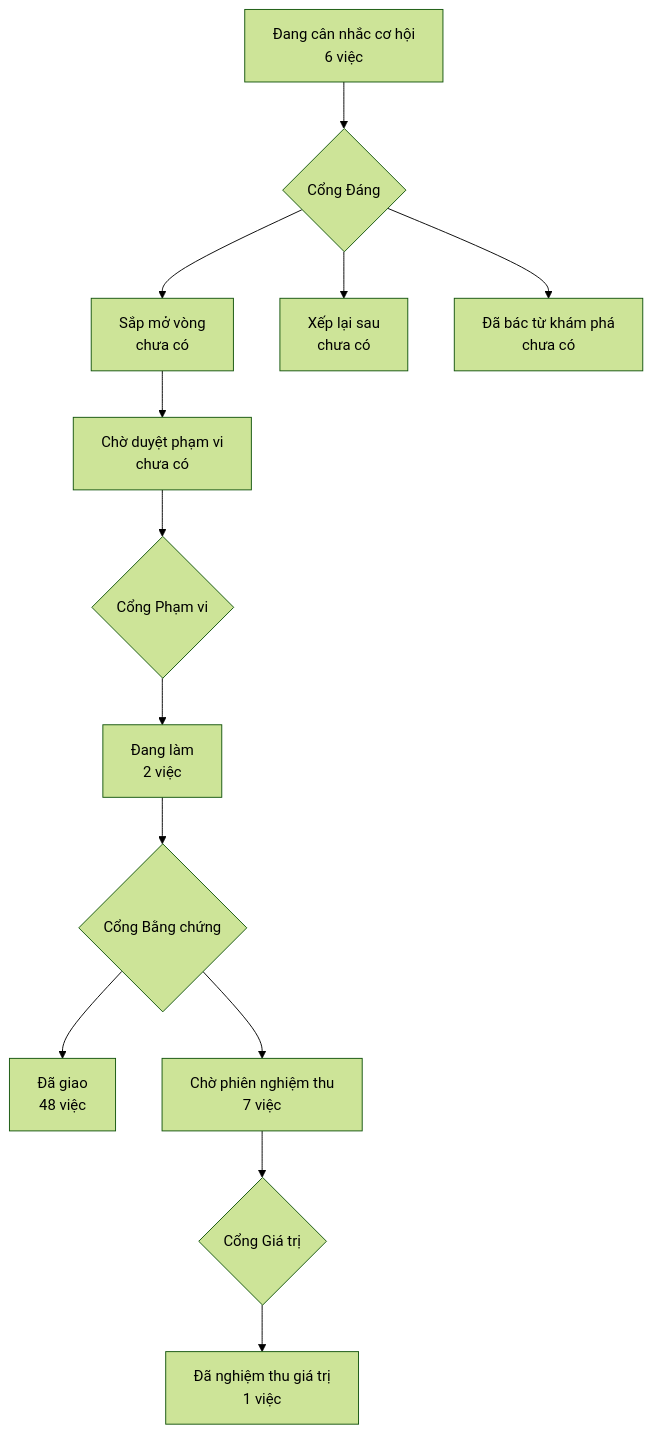
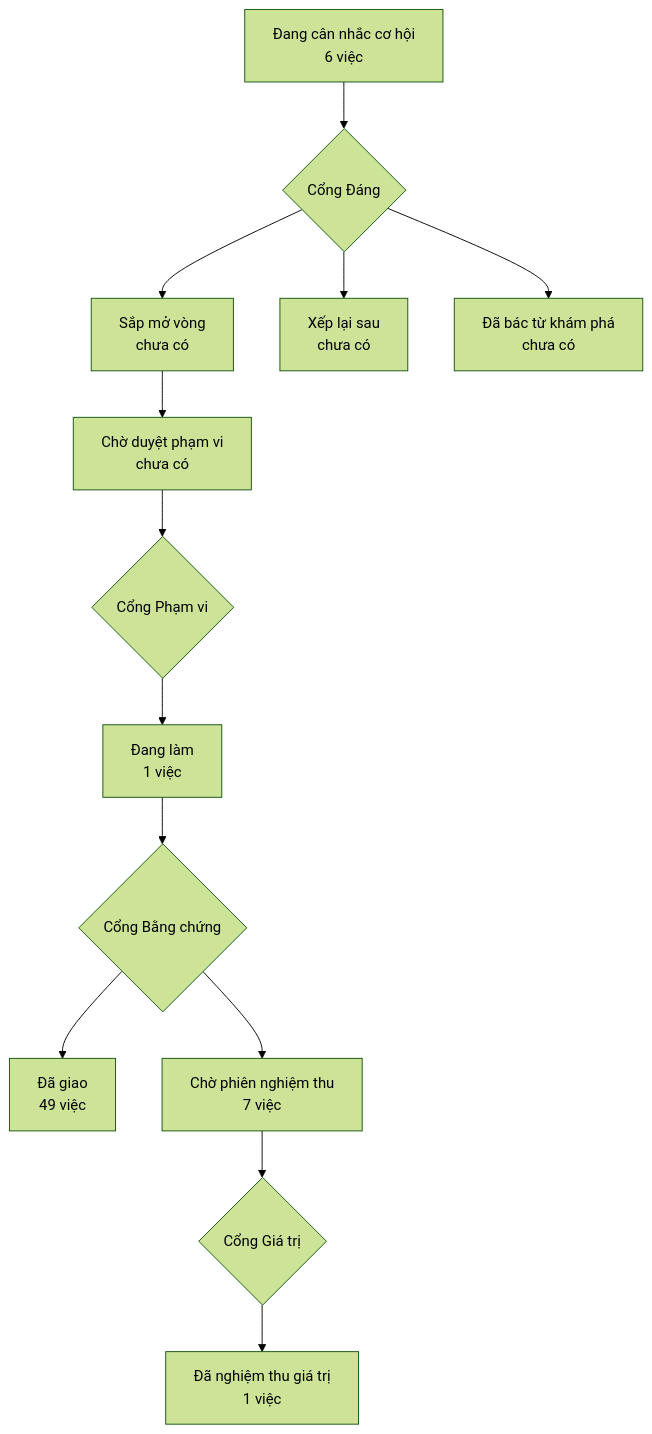
One commit to phanlemanh/crm-onehub changed the diagram in PRODUCT-MAP.md. Above: the diagram before and after it, drawn with Mermaid (forest theme). The commit also changed 3 other files, not shown here.

````diff
--- a/PRODUCT-MAP.md
+++ b/PRODUCT-MAP.md
@@ -6,12 +6,12 @@
 ```mermaid
 flowchart TD
   A["Đang cân nhắc cơ hội<br/>6 việc"] --> GD{"Cổng Đáng"}
   GD --> B["Sắp mở vòng<br/>chưa có"]
   GD --> XL["Xếp lại sau<br/>chưa có"]
   GD --> DB["Đã bác từ khám phá<br/>chưa có"]
   B --> CD["Chờ duyệt phạm vi<br/>chưa có"] --> GP{"Cổng Phạm vi"}
-  GP --> DL["Đang làm<br/>2 việc"] --> GB{"Cổng Bằng chứng"}
-  GB --> DG["Đã giao<br/>48 việc"]
+  GP --> DL["Đang làm<br/>1 việc"] --> GB{"Cổng Bằng chứng"}
+  GB --> DG["Đã giao<br/>49 việc"]
   GB --> CN["Chờ phiên nghiệm thu<br/>7 việc"] --> GG{"Cổng Giá trị"}
   GG --> NT["Đã nghiệm thu giá trị<br/>1 việc"]
 ```
````
